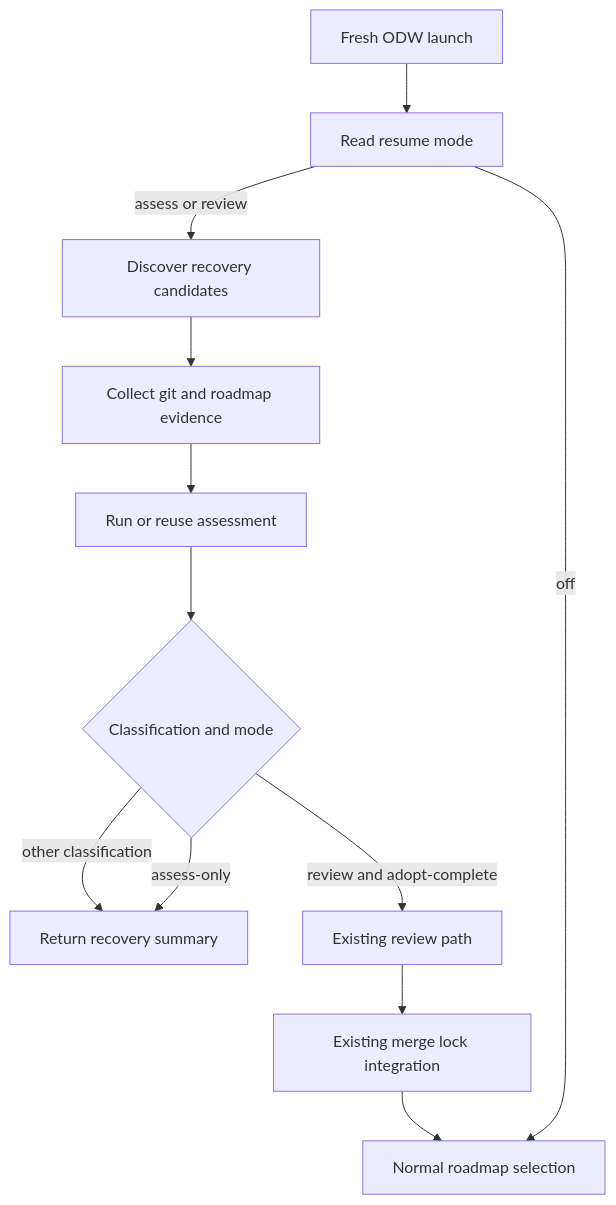
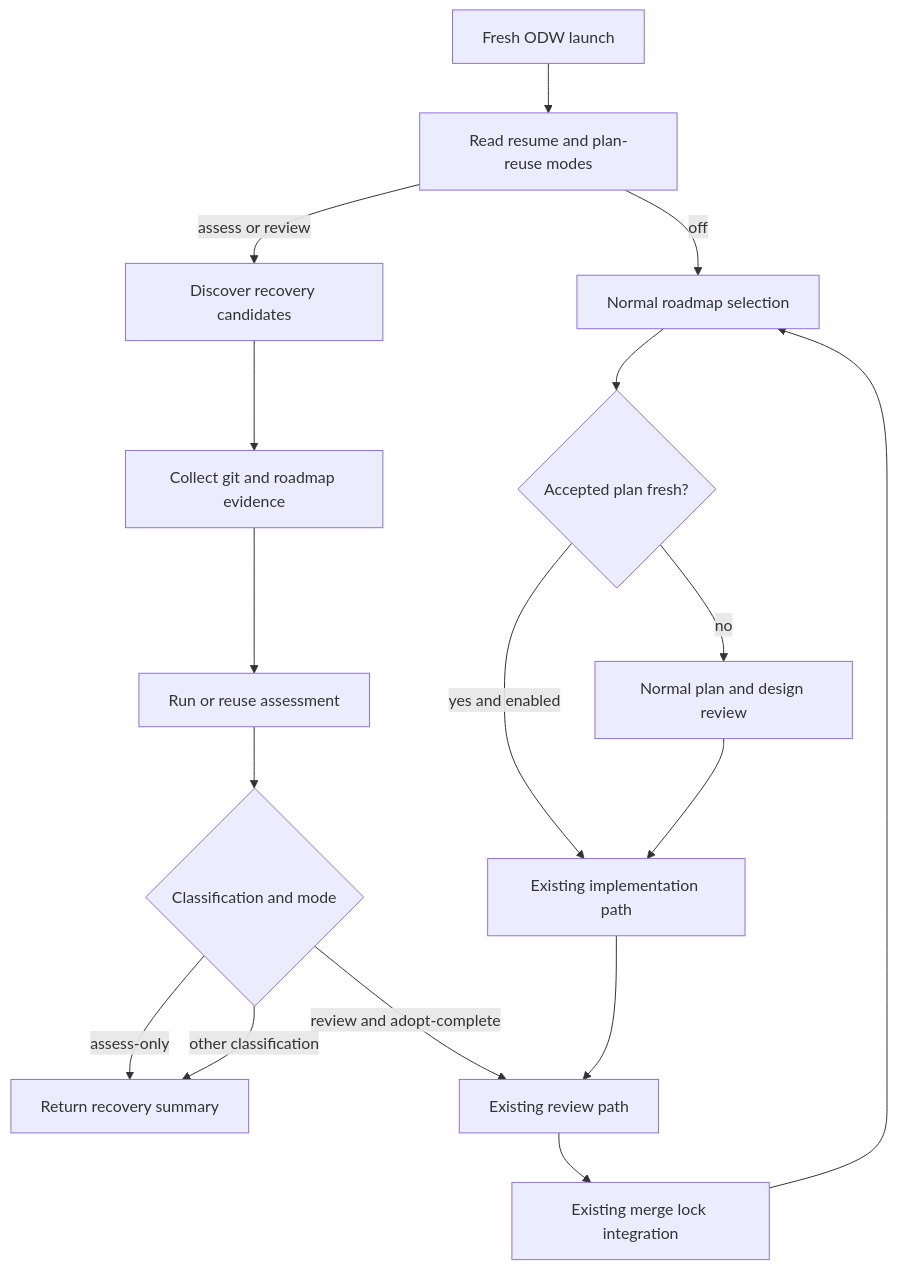
Before and after one commit to leynos/df12-build: the diagram in docs/failure-resume-design.md, drawn with Mermaid. The commit also changed other lines of this file and 1 other file, not shown here.

First line of the commit message:
Plan accepted ExecPlan reuse

````diff
--- a/docs/failure-resume-design.md
+++ b/docs/failure-resume-design.md
@@ -90,14 +104,19 @@
 ```mermaid
 flowchart TD
-  Start[Fresh ODW launch] --> Config[Read resume mode]
+  Start[Fresh ODW launch] --> Config[Read resume and plan-reuse modes]
   Config -->|off| Normal[Normal roadmap selection]
   Config -->|assess or review| Discover[Discover recovery candidates]
   Discover --> Evidence[Collect git and roadmap evidence]
   Evidence --> Assess[Run or reuse assessment]
   Assess --> Decision{Classification and mode}
   Decision -->|assess-only| Report[Return recovery summary]
   Decision -->|review and adopt-complete| Review[Existing review path]
   Decision -->|other classification| Report
   Review --> Integrate[Existing merge lock integration]
   Integrate --> Normal
+  Normal --> PlanReuse{Accepted plan fresh?}
+  PlanReuse -->|yes and enabled| Implement[Existing implementation path]
+  PlanReuse -->|no| Plan[Normal plan and design review]
+  Implement --> Review
+  Plan --> Implement
 ```
````
